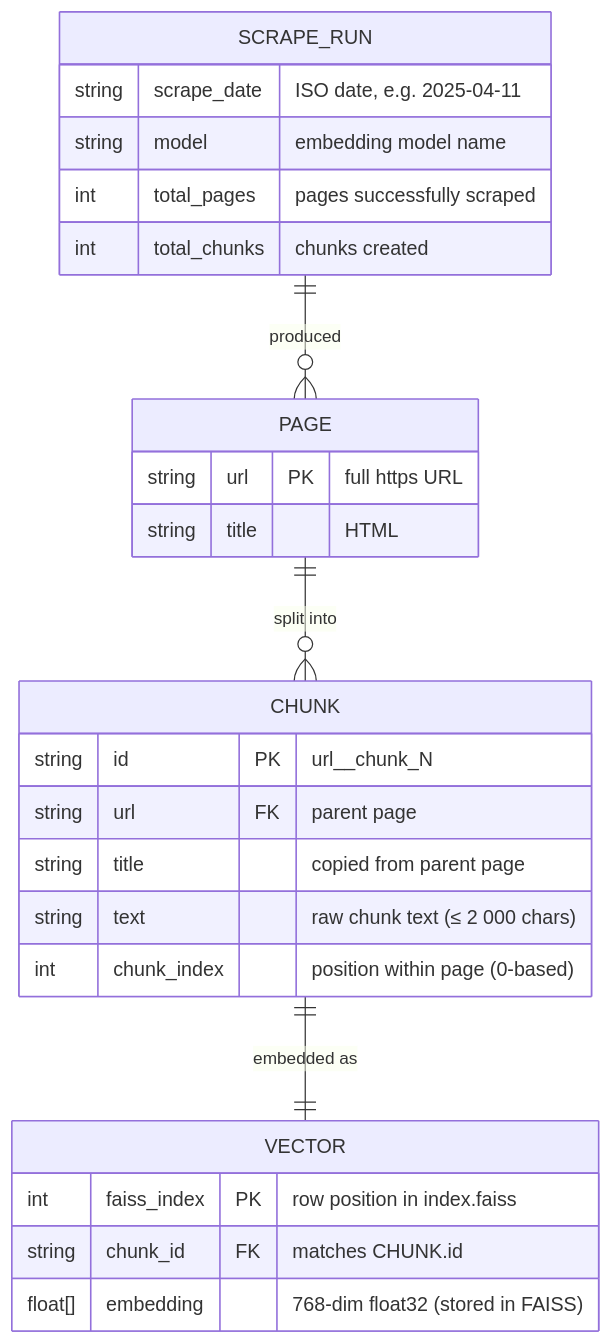
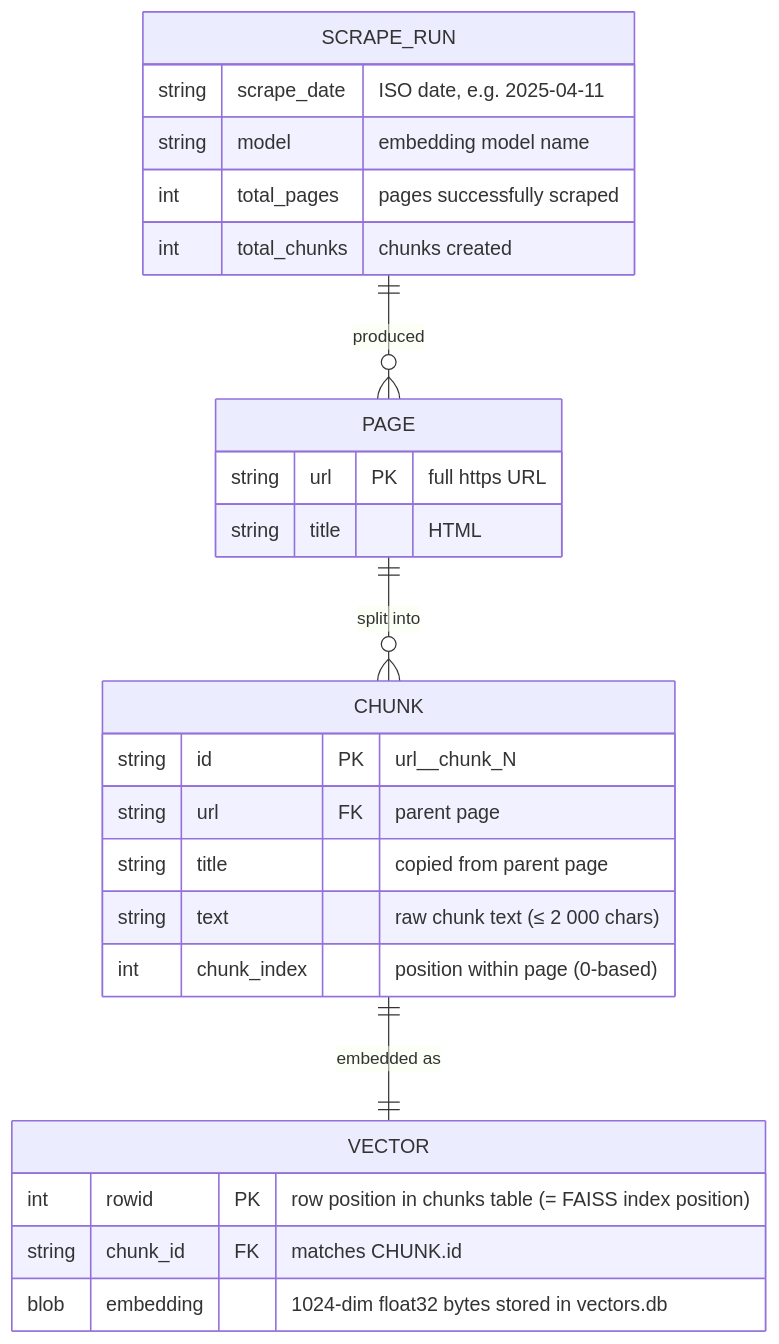
One commit to esiu-23/govt-chatbot changed the fourth of 4 diagrams in project_overview.md. Above: the diagram before and after it, drawn with Mermaid. The commit also changed other lines of this file and 7 other files, not shown here.

Commit message:
Reconfigure architecture for Supabase

````diff
--- a/project_overview.md
+++ b/project_overview.md
@@ -130,32 +128,32 @@
 ```mermaid
 erDiagram
     SCRAPE_RUN {
         string  scrape_date   "ISO date, e.g. 2025-04-11"
         string  model         "embedding model name"
         int     total_pages   "pages successfully scraped"
         int     total_chunks  "chunks created"
     }
 
     PAGE {
         string  url    PK   "full https URL"
         string  title       "HTML <title> text"
     }
 
     CHUNK {
         string  id           PK   "url__chunk_N"
         string  url          FK   "parent page"
         string  title             "copied from parent page"
         string  text              "raw chunk text (≤ 2 000 chars)"
         int     chunk_index       "position within page (0-based)"
     }
 
     VECTOR {
-        int     faiss_index  PK   "row position in index.faiss"
+        int     rowid        PK   "row position in chunks table (= FAISS index position)"
         string  chunk_id     FK   "matches CHUNK.id"
-        float[] embedding         "768-dim float32 (stored in FAISS)"
+        blob    embedding         "1024-dim float32 bytes stored in vectors.db"
     }
 
     SCRAPE_RUN  ||--o{ PAGE    : "produced"
     PAGE        ||--o{ CHUNK   : "split into"
     CHUNK       ||--||  VECTOR : "embedded as"
 ```
````
